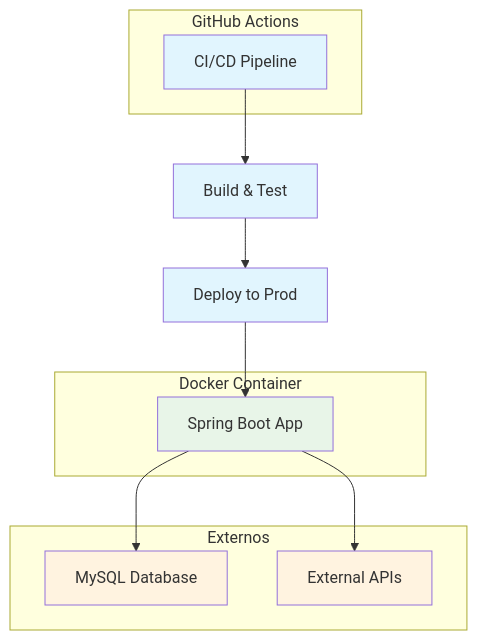
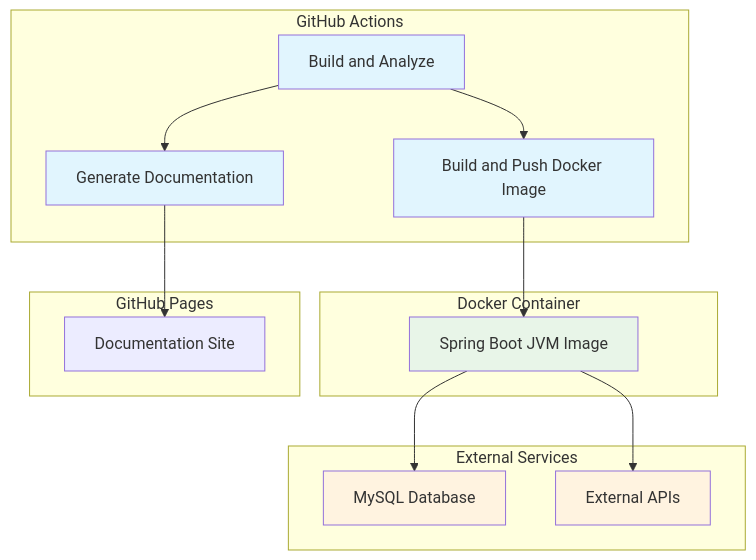
One commit to UM-services/UM.facultad.core-service changed the diagram in docs/diagrams/despliegue-infraestructura.mmd. Above: the diagram before and after it, drawn with Mermaid.

Commit message:
docs(diagrams): update deployment infrastructure

```diff
--- a/docs/diagrams/despliegue-infraestructura.mmd
+++ b/docs/diagrams/despliegue-infraestructura.mmd
@@ -1,26 +1,33 @@
-graph TB
+flowchart TD
     subgraph GH ["GitHub Actions"]
-        A["CI/CD Pipeline"]
+        A["Build and Analyze"]
+        E["Build and Push Docker Image"]
+        F["Generate Documentation"]
     end
 
     subgraph DC ["Docker Container"]
-        B["Spring Boot App"]
+        B["Spring Boot JVM Image"]
     end
 
-    subgraph EX ["Externos"]
+    subgraph GP ["GitHub Pages"]
+        G["Documentation Site"]
+    end
+
+    subgraph EX ["External Services"]
         C["MySQL Database"]
         D["External APIs"]
     end
 
-    A --> E["Build & Test"]
-    E --> F["Deploy to Prod"]
-    F --> B
+    A --> E
+    A --> F
+    E --> B
+    F --> G
     B --> C
     B --> D
 
     style A fill:#e1f5fe
     style E fill:#e1f5fe
     style F fill:#e1f5fe
     style B fill:#e8f5e8
     style C fill:#fff3e0
     style D fill:#fff3e0
```
